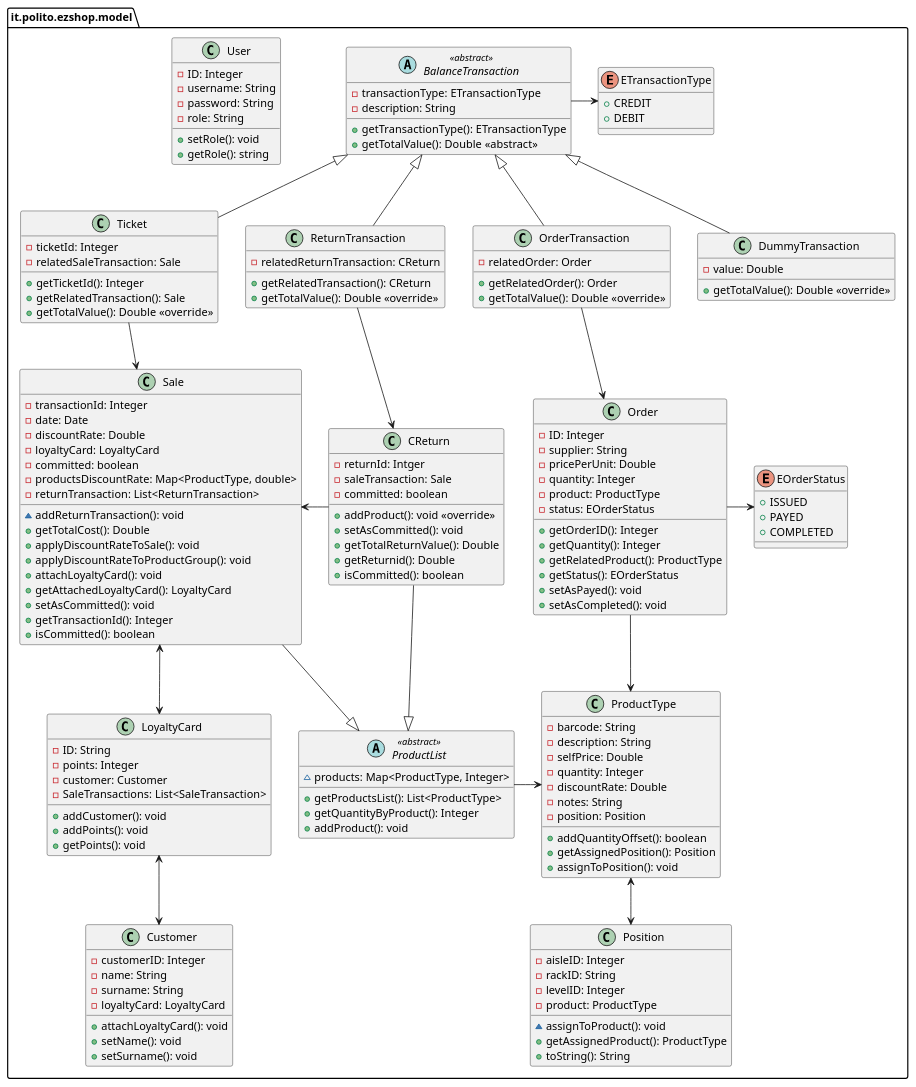
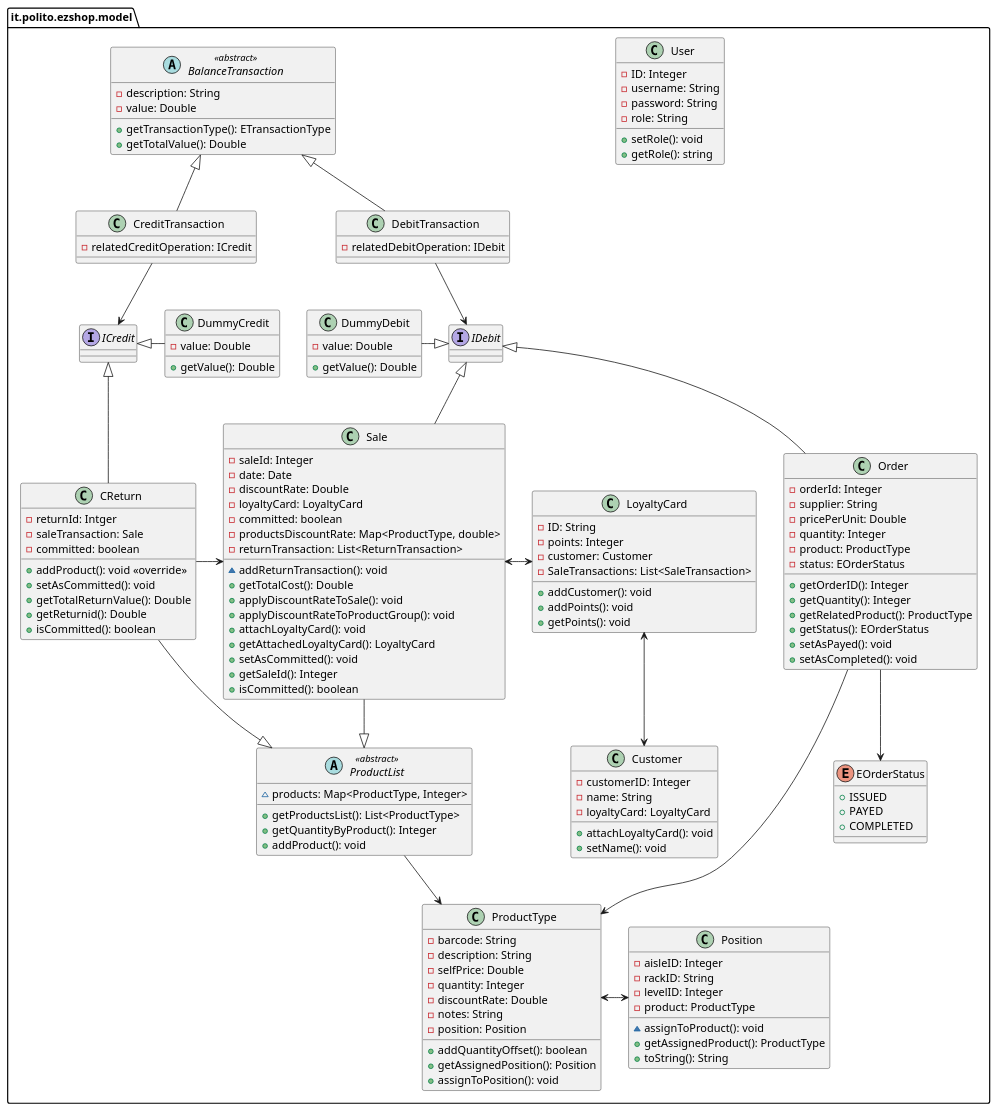
One commit to thegabriele97/EzShop changed the third of 4 diagrams in Deliverables/DesignDocument.md. Above: the diagram before and after it, drawn with PlantUML.

Commit message:
docs: DesignDocument, updated class diagram, new version to match newer API

```diff
--- a/Deliverables/DesignDocument.md
+++ b/Deliverables/DesignDocument.md
@@ -206,14 +206,6 @@
         +toString(): String
     }
 
-    class Ticket {
-        -ticketId: Integer
-        -relatedSaleTransaction: Sale
-        +getTicketId(): Integer
-        +getRelatedTransaction(): Sale
-        +getTotalValue(): Double <<override>>
-    }
-
     abstract ProductList <<abstract>> {
         ~products: Map<ProductType, Integer>
         +getProductsList(): List<ProductType>
@@ -222,7 +214,7 @@
     }
 
     class Sale {
-        -transactionId: Integer
+        -saleId: Integer
         -date: Date
         -discountRate: Double
         -loyaltyCard: LoyaltyCard
@@ -236,14 +228,8 @@
         +attachLoyaltyCard(): void
         +getAttachedLoyaltyCard(): LoyaltyCard
         +setAsCommitted(): void
-        +getTransactionId(): Integer
+        +getSaleId(): Integer
         +isCommitted(): boolean
-    }
-
-    class ReturnTransaction {
-        -relatedReturnTransaction: CReturn
-        +getRelatedTransaction(): CReturn
-        +getTotalValue(): Double <<override>>
     }
 
     class CReturn {
@@ -257,12 +243,6 @@
         +isCommitted(): boolean
     }
 
-    class OrderTransaction {
-        -relatedOrder: Order
-        +getRelatedOrder(): Order
-        +getTotalValue(): Double <<override>>
-    }
-
     enum EOrderStatus {
         +ISSUED
         +PAYED
@@ -270,7 +250,7 @@
     }
 
     class Order {
-        -ID: Integer
+        -orderId: Integer
         -supplier: String
         -pricePerUnit: Double
         -quantity: Integer
@@ -284,31 +264,19 @@
         +setAsCompleted(): void
     }
 
-    enum ETransactionType {
-        +CREDIT
-        +DEBIT
-    }
-
     abstract BalanceTransaction <<abstract>> {
-        -transactionType: ETransactionType
         -description: String
+        -value: Double
         +getTransactionType(): ETransactionType
-        +getTotalValue(): Double <<abstract>>
-    }
-
-    class DummyTransaction {
-        -value: Double
-        +getTotalValue(): Double <<override>>
+        +getTotalValue(): Double
     }
 
     class Customer {
         -customerID: Integer
         -name: String
-        -surname: String
         -loyaltyCard: LoyaltyCard
         +attachLoyaltyCard(): void
         +setName(): void
-        +setSurname(): void
     }
 
     class LoyaltyCard {
@@ -321,30 +289,66 @@
         +getPoints(): void
     }
 
+    interface ICredit {
 
-    ProductType <--> Position
+    }
+
+    interface IDebit {
+
+    }
+
+    class CreditTransaction {
+        -relatedCreditOperation: ICredit
+    }
+
+    class DebitTransaction {
+        -relatedDebitOperation: IDebit
+    }
+
+    class DummyCredit {
+        -value: Double
+        +getValue(): Double
+    }
+
+    class DummyDebit {
+        -value: Double
+        +getValue(): Double
+    }
+
+    ProductType <-right-> Position
     Sale <-right- CReturn
 
     LoyaltyCard <--> Customer
-    Sale <--> LoyaltyCard
+    Sale <-left-> LoyaltyCard
 
-    BalanceTransaction <|-- Ticket
-    BalanceTransaction <|-- ReturnTransaction
-    BalanceTransaction <|-- OrderTransaction
-    BalanceTransaction <|-- DummyTransaction
+    'BalanceTransaction <|-- SaleTransaction
+    'BalanceTransaction <|-- ReturnTransaction
+    'BalanceTransaction <|-- OrderTransaction
+    'BalanceTransaction <|-- DummyTransaction
 
-    OrderTransaction --> Order
+    'OrderTransaction --> Order
     Order --> ProductType
-    Ticket --> Sale
+    'SaleTransaction --> Sale
 
-    CReturn <-up- ReturnTransaction 
+    'CReturn <-up- ReturnTransaction 
 
-    BalanceTransaction -right-> ETransactionType
-    Order -right-> EOrderStatus
+    Order --> EOrderStatus
 
     ProductList <|-up- Sale
     ProductList <|-up- CReturn
-    ProductList -right-> ProductType
+    ProductList --> ProductType
+
+    Sale -up-|> IDebit
+    Order -up-|> IDebit
+    CReturn -up-|> ICredit
+    DummyCredit -left-|> ICredit
+    DummyDebit -right-|> IDebit
+
+    BalanceTransaction <|-- CreditTransaction
+    BalanceTransaction <|-- DebitTransaction
+
+    CreditTransaction --> ICredit
+    DebitTransaction --> IDebit
 
 }
 
```
